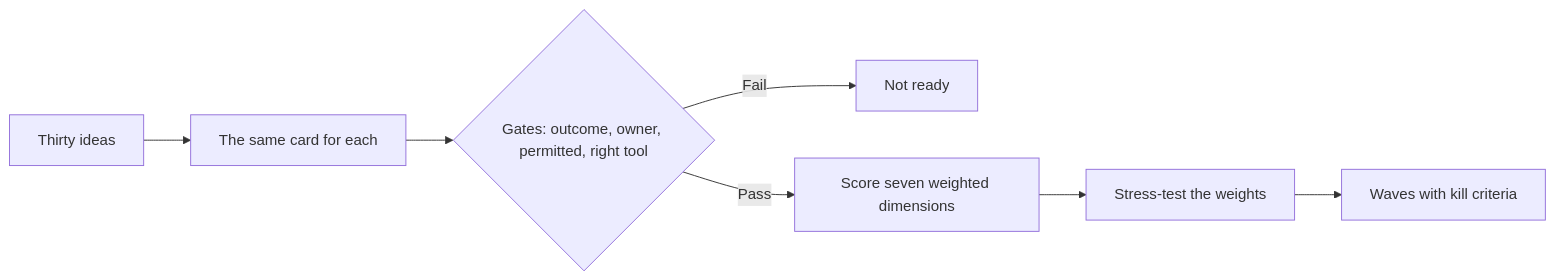
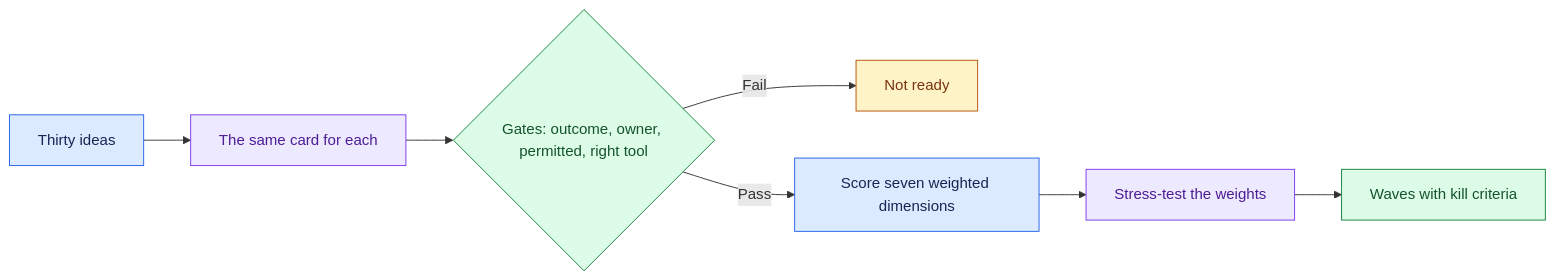
One commit to Sourav692/Forward-Deployed-Engineer-Interview-Prep changed the diagram in site/content/modules/15-fde-case-studies/judgement-and-decomposition/prioritize-ai-use-cases/intro.md. Above: the diagram before and after it, drawn with Mermaid. The commit also changed other lines of this file and 1268 other files, not shown here.

First line of the commit message:
content: polish Casebook writing and Mermaid diagrams (#251)

````diff
--- a/site/content/modules/15-fde-case-studies/judgement-and-decomposition/prioritize-ai-use-cases/intro.md
+++ b/site/content/modules/15-fde-case-studies/judgement-and-decomposition/prioritize-ai-use-cases/intro.md
@@ -15,9 +17,19 @@
 ```mermaid
 flowchart LR
   A[Thirty ideas] --> B[The same card for each]
   B --> C{Gates: outcome, owner, permitted, right tool}
   C -->|Fail| H[Not ready]
   C -->|Pass| D[Score seven weighted dimensions]
   D --> E[Stress-test the weights]
   E --> F[Waves with kill criteria]
+
+    %% Casebook colours: entry, reasoning, results, controls, and stopped paths.
+    classDef cbInput fill:#dbeafe,stroke:#2563eb,color:#172554
+    class A,D cbInput
+    classDef cbReason fill:#ede9fe,stroke:#7c3aed,color:#4c1d95
+    class B,E cbReason
+    classDef cbAction fill:#dcfce7,stroke:#15803d,color:#14532d
+    class C,F cbAction
+    classDef cbPolicy fill:#fef3c7,stroke:#b45309,color:#78350f
+    class H cbPolicy
 ```
````
